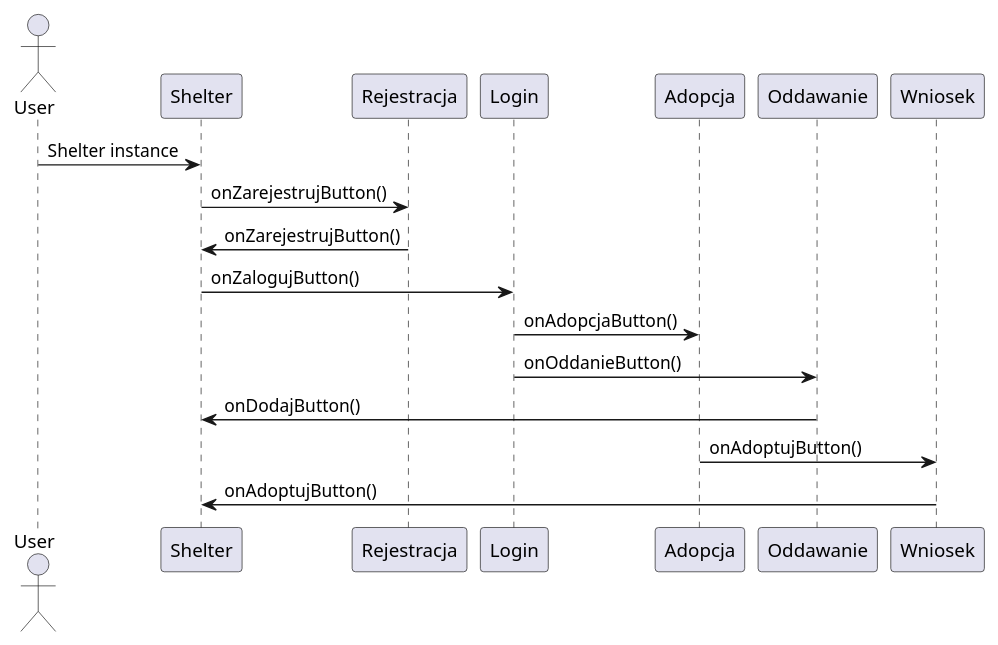
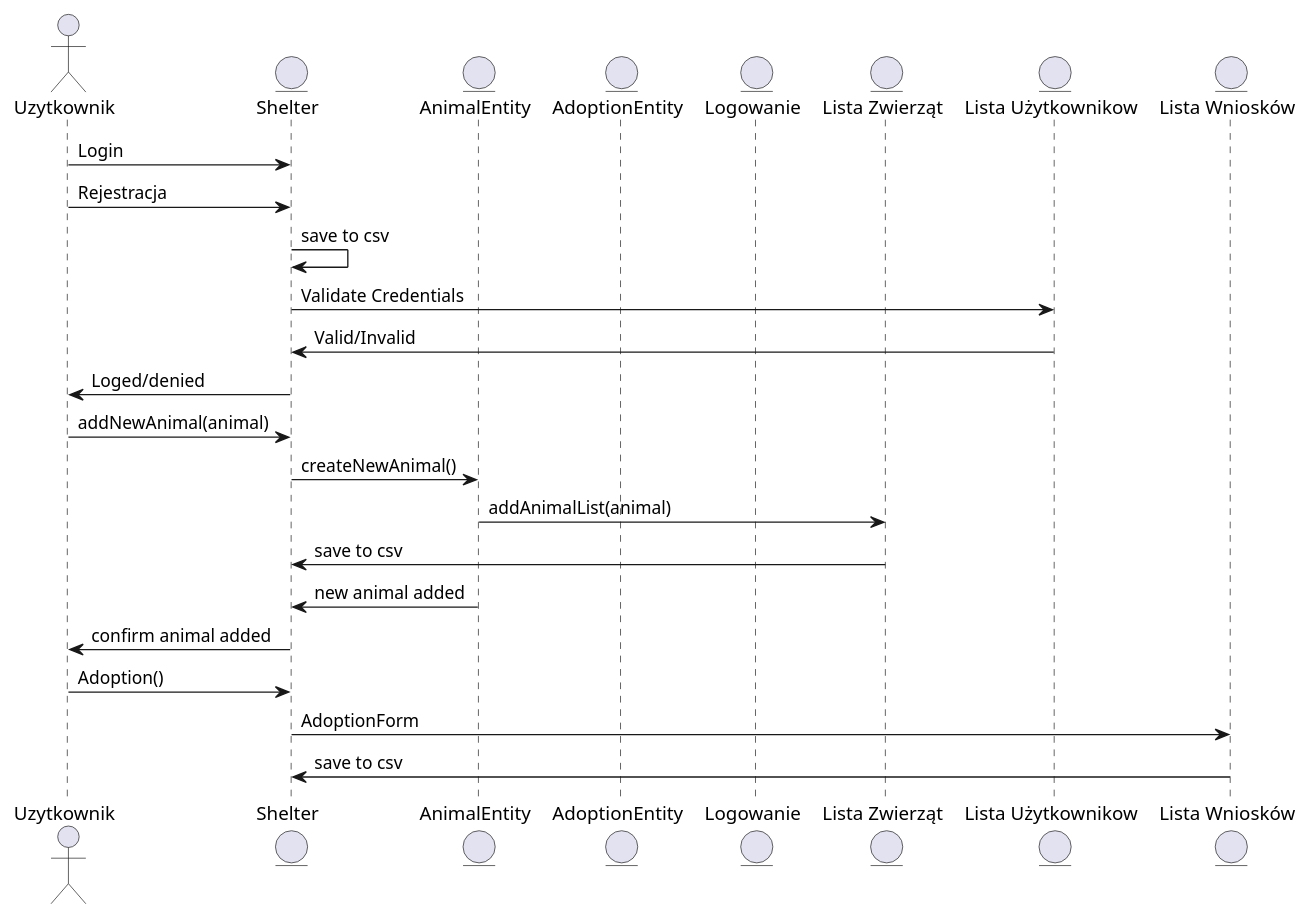
The diagram in Docs/Sequence_User.puml (Pymek11/schronisko), drawn with PlantUML before and after one commit.

Commit message:
user puml

```diff
--- a/Docs/Sequence_User.puml
+++ b/Docs/Sequence_User.puml
@@ -1,21 +1,30 @@
 @startuml
-actor User
-participant Shelter
-participant Rejestracja
-participant Login
-participant Adopcja
-participant Oddawanie
-participant Wniosek
 
+actor "Uzytkownik" as Employee
+entity "Shelter" as Shelter
+entity "AnimalEntity" as AnimalEntity
+entity "AdoptionEntity" as AdoptionEntity
+entity "Logowanie" as Logowanie
+entity "Lista Zwierząt" as AnimalList
+entity "Lista Użytkownikow" as EmployeeList
+entity "Lista Wniosków" as AddoptionList
 
+Employee -> Shelter : Login
+Employee -> Shelter : Rejestracja
+Shelter -> Shelter : save to csv
+Shelter -> EmployeeList : Validate Credentials
+EmployeeList -> Shelter : Valid/Invalid
+Shelter -> Employee: Loged/denied
 
-User -> Shelter : Shelter instance
-Shelter -> Rejestracja : onZarejestrujButton()
-Rejestracja -> Shelter : onZarejestrujButton()
-Shelter -> Login : onZalogujButton()
-Login -> Adopcja : onAdopcjaButton()
-Login -> Oddawanie : onOddanieButton()
-Oddawanie -> Shelter : onDodajButton()
-Adopcja -> Wniosek : onAdoptujButton()
-Wniosek -> Shelter : onAdoptujButton()
+Employee -> Shelter : addNewAnimal(animal)
+Shelter -> AnimalEntity : createNewAnimal()
+AnimalEntity -> AnimalList : addAnimalList(animal)
+AnimalList -> Shelter : save to csv
+AnimalEntity -> Shelter : new animal added
+Shelter -> Employee : confirm animal added
+
+Employee -> Shelter : Adoption()
+Shelter -> AddoptionList : AdoptionForm
+AddoptionList -> Shelter : save to csv
+
 @enduml
```
